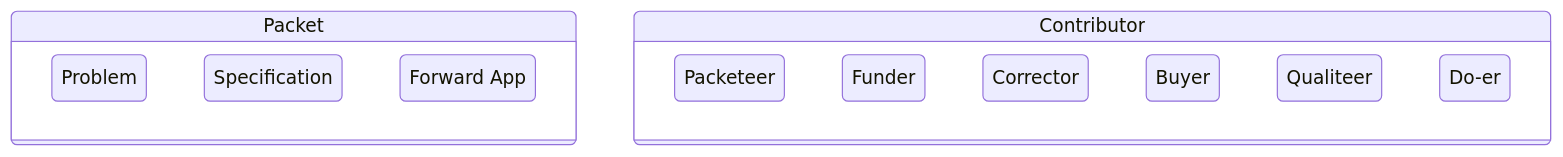
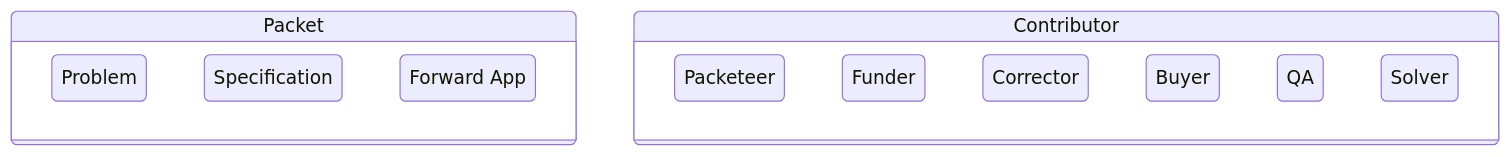
Before and after one commit to dreamcatcher-tech/network: the second of 2 diagrams in ideas/Dreamcatcher/DreamEther/Contract Flow.md, drawn with Mermaid.

Commit message:
vault backup: 2023-05-17 19:51:10

````diff
--- a/ideas/Dreamcatcher/DreamEther/Contract Flow.md
+++ b/ideas/Dreamcatcher/DreamEther/Contract Flow.md
@@ -126,20 +126,19 @@
 ```mermaid
 stateDiagram-v2
 
     state Packet {
 		Problem
         Specification
         F
     }
     
     state Contributor {
 	    Packeteer
 	    Funder
 	    Corrector
 	    Buyer
-	    Qualiteer
-	    D
+	    QA
+	    Solver
     }
 	F: Forward App
-	D: Do-er
 ```
````
